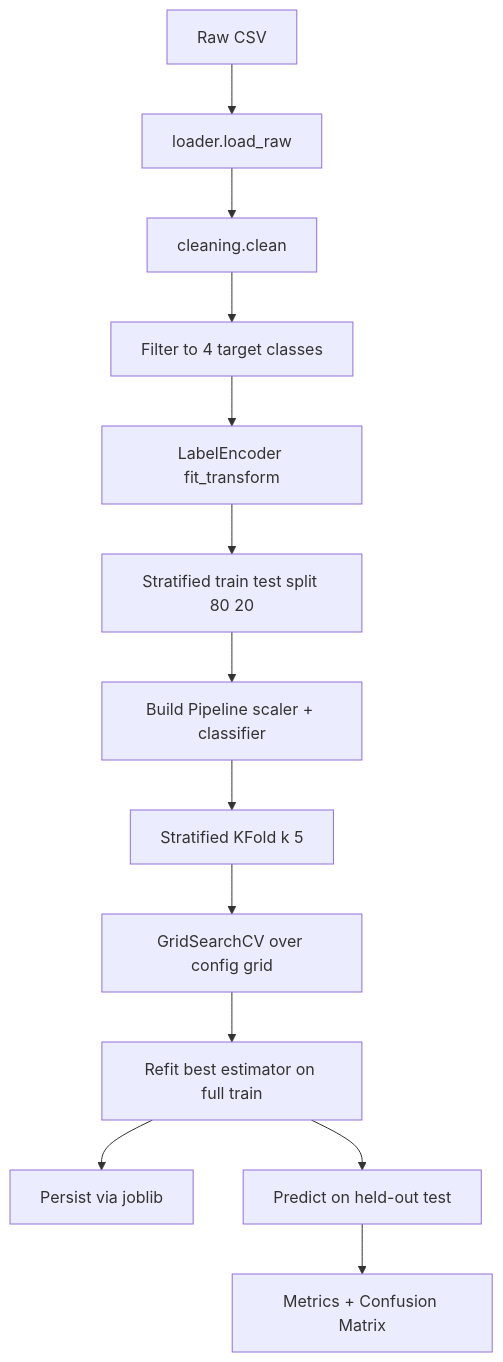
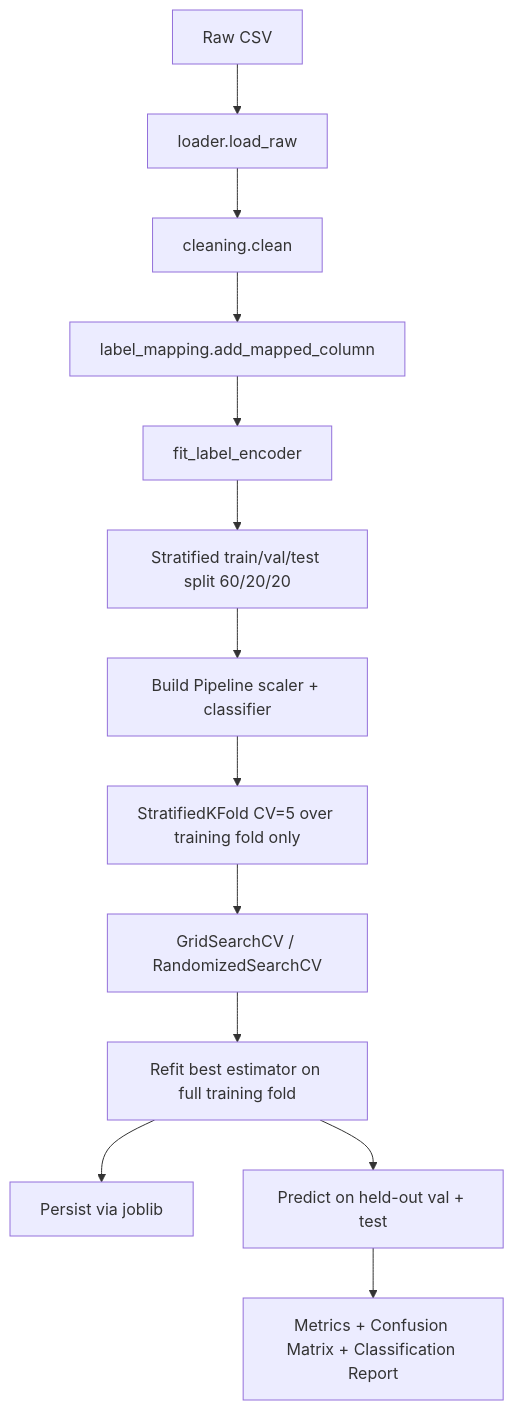
One commit to ksrddd/ai-classification-cyber-attack changed the diagram in docs/ml_pipeline.md. Above: the diagram before and after it, drawn with Mermaid. The commit also changed other lines of this file and 64 other files, not shown here.

````diff
--- a/docs/ml_pipeline.md
+++ b/docs/ml_pipeline.md
@@ -7,15 +7,15 @@
 ```mermaid
 flowchart TB
     A[Raw CSV] --> B[loader.load_raw]
     B --> C[cleaning.clean]
-    C --> D[Filter to 4 target classes]
-    D --> E[LabelEncoder fit_transform]
-    E --> F[Stratified train test split 80 20]
+    C --> D[label_mapping.add_mapped_column]
+    D --> E[fit_label_encoder]
+    E --> F[Stratified train/val/test split 60/20/20]
     F --> G[Build Pipeline scaler + classifier]
-    G --> H[Stratified KFold k 5]
-    H --> I[GridSearchCV over config grid]
-    I --> J[Refit best estimator on full train]
+    G --> H[StratifiedKFold CV=5 over training fold only]
+    H --> I[GridSearchCV / RandomizedSearchCV]
+    I --> J[Refit best estimator on full training fold]
     J --> K[Persist via joblib]
-    J --> L[Predict on held-out test]
-    L --> M[Metrics + Confusion Matrix]
+    J --> L[Predict on held-out val + test]
+    L --> M[Metrics + Confusion Matrix + Classification Report]
 ```
````
